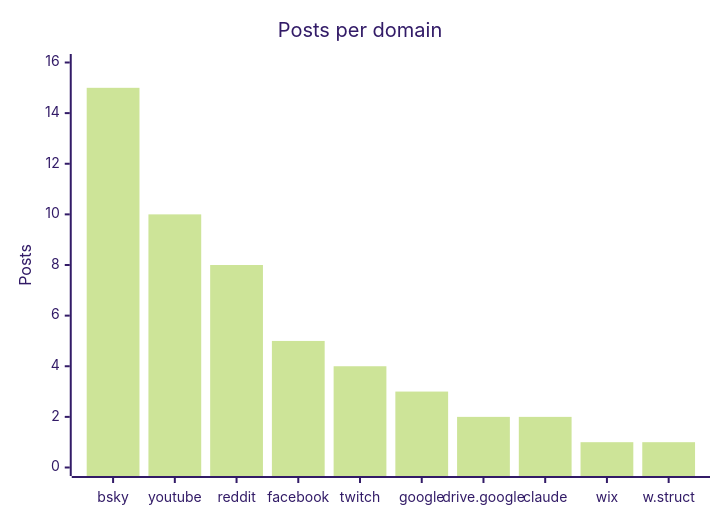
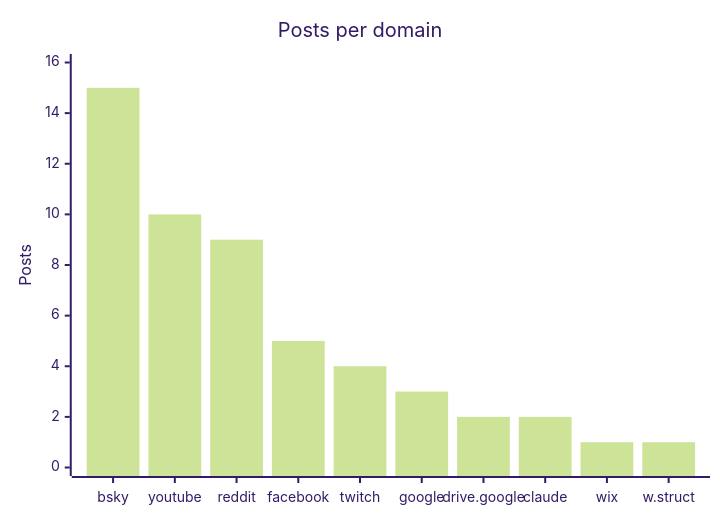
The fourth of 4 diagrams in README.md (martinbalfanz/social-scanner-reports), drawn with Mermaid (forest theme) before and after one commit. The commit also changed other lines of this file and 2 other files, not shown here.

````diff
--- a/README.md
+++ b/README.md
@@ -58,7 +58,7 @@
 ```mermaid
 xychart-beta
     title "Posts per domain"
     x-axis ["bsky", "youtube", "reddit", "facebook", "twitch", "google", "drive.google", "claude", "wix", "w.struct"]
     y-axis "Posts" 0 --> 16
-    bar [15, 10, 8, 5, 4, 3, 2, 2, 1, 1]
+    bar [15, 10, 9, 5, 4, 3, 2, 2, 1, 1]
 ```
````
